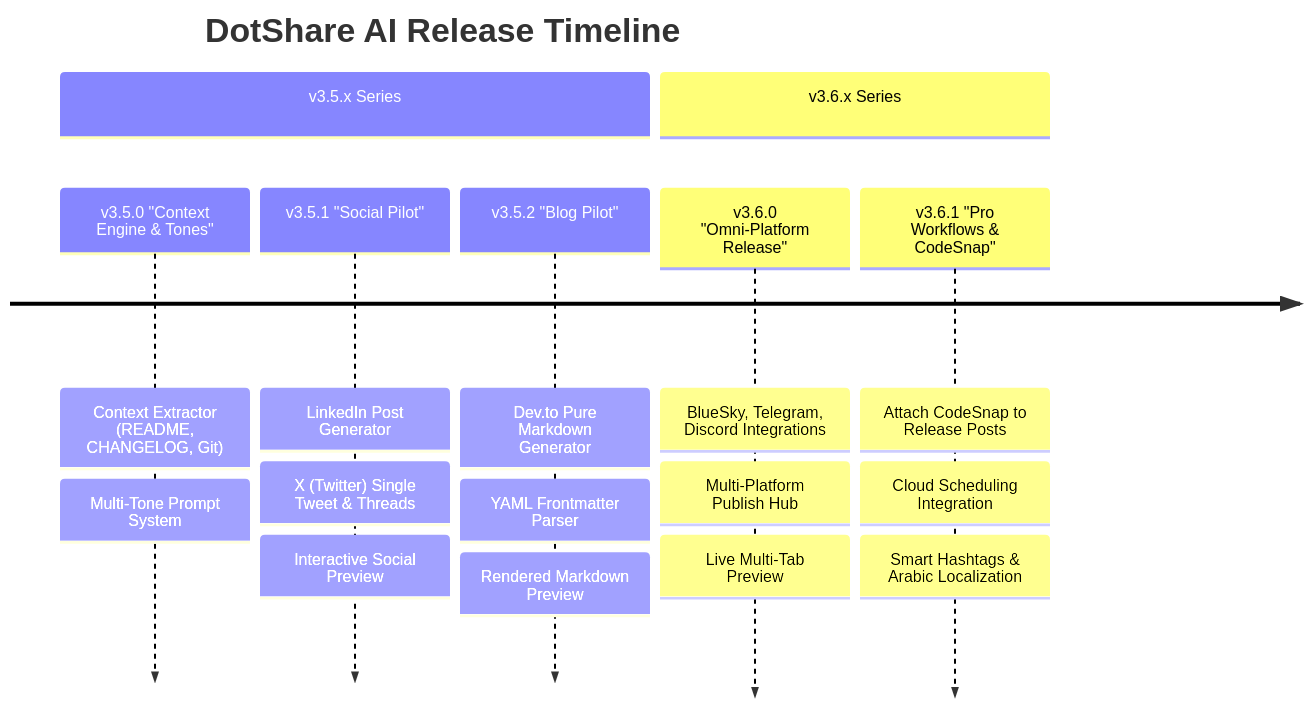
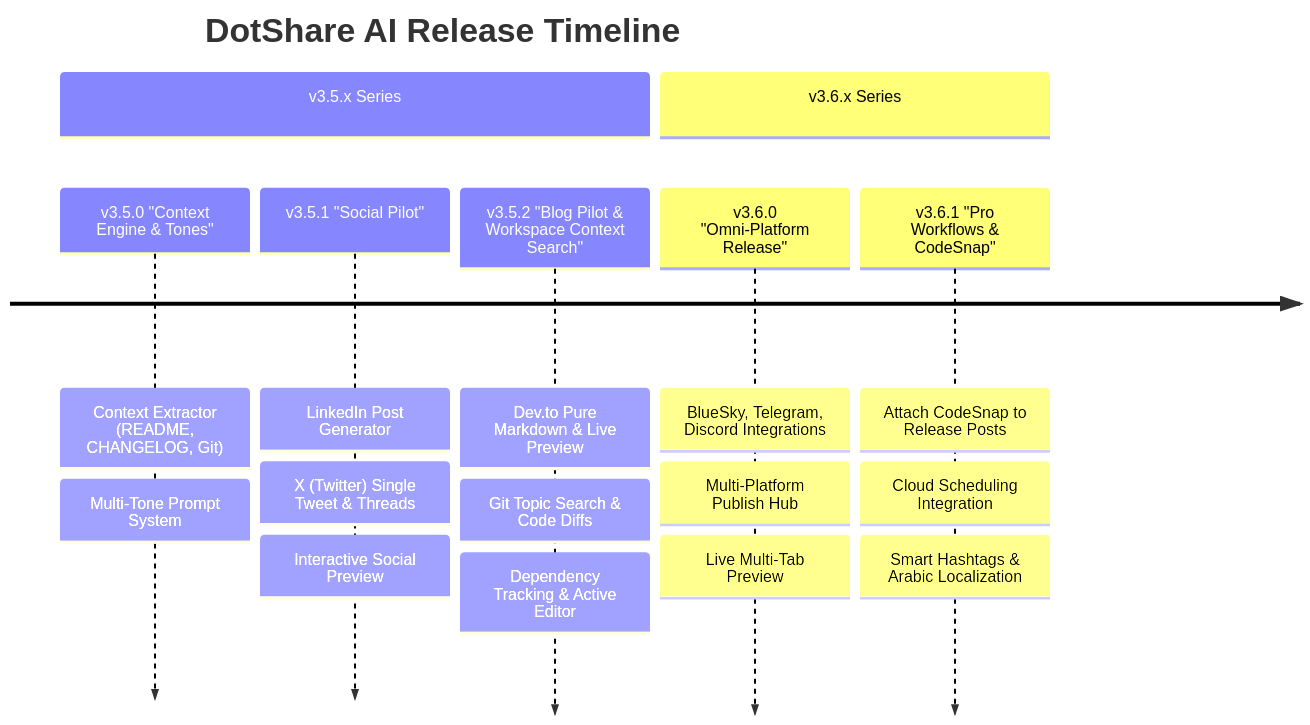
The diagram in AI_RELEASE_COPILOT_ROADMAP.md (kareem2099/DotShare), drawn with Mermaid before and after one commit. The commit also changed other lines of this file and 65 other files, not shown here.

````diff
--- a/AI_RELEASE_COPILOT_ROADMAP.md
+++ b/AI_RELEASE_COPILOT_ROADMAP.md
@@ -11,11 +11,11 @@
 ```mermaid
 timeline
     title DotShare AI Release Timeline
     section v3.5.x Series
         v3.5.0 "Context Engine & Tones" : Context Extractor (README, CHANGELOG, Git) : Multi-Tone Prompt System
         v3.5.1 "Social Pilot" : LinkedIn Post Generator : X (Twitter) Single Tweet & Threads : Interactive Social Preview
-        v3.5.2 "Blog Pilot" : Dev.to Pure Markdown Generator : YAML Frontmatter Parser : Rendered Markdown Preview
+        v3.5.2 "Blog Pilot & Workspace Context Search" : Dev.to Pure Markdown & Live Preview : Git Topic Search & Code Diffs : Dependency Tracking & Active Editor
     section v3.6.x Series
         v3.6.0 "Omni-Platform Release" : BlueSky, Telegram, Discord Integrations : Multi-Platform Publish Hub : Live Multi-Tab Preview
         v3.6.1 "Pro Workflows & CodeSnap" : Attach CodeSnap to Release Posts : Cloud Scheduling Integration : Smart Hashtags & Arabic Localization
 ```
````
